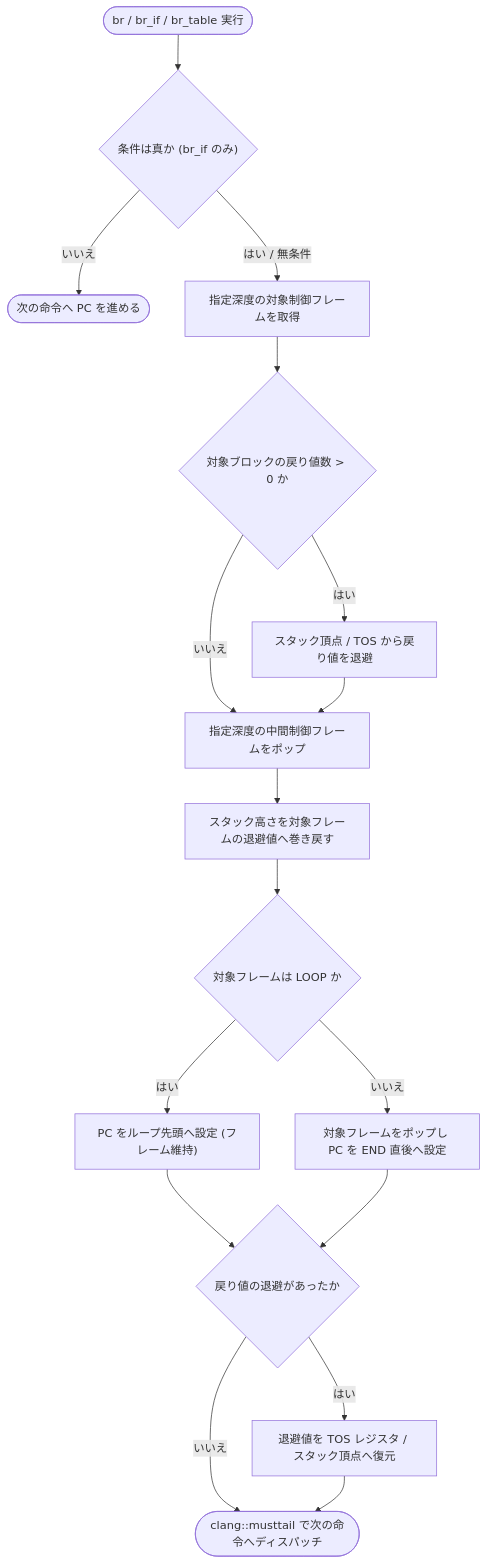
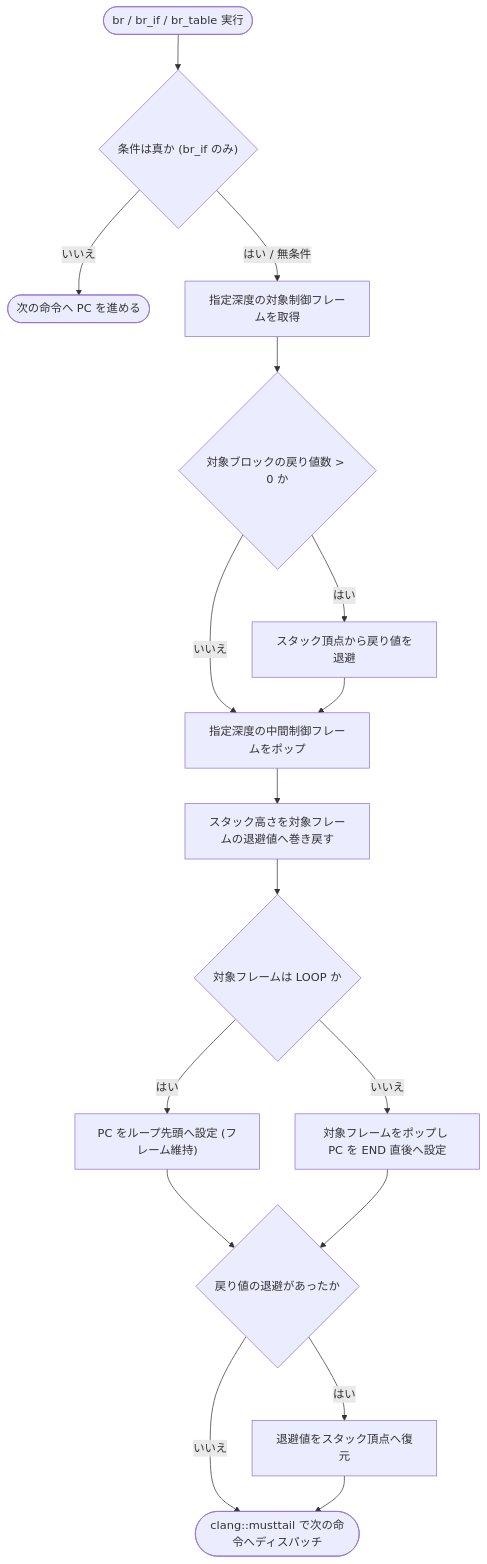
One commit to kmt-t/fireball changed the second of 5 diagrams in docs/components/tier3_executer/interpreter.md. Above: the diagram before and after it, drawn with Mermaid. The commit also changed other lines of this file and 37 other files, not shown here.

````diff
--- a/docs/components/tier3_executer/interpreter.md
+++ b/docs/components/tier3_executer/interpreter.md
@@ -229,24 +227,24 @@
 ```mermaid
 flowchart TD
     Start(["br / br_if / br_table 実行"]) --> CheckCond{"条件は真か (br_if のみ)"}
     CheckCond -- "いいえ" --> NextPC(["次の命令へ PC を進める"])
     CheckCond -- "はい / 無条件" --> FetchTarget["指定深度の対象制御フレームを取得"]
 
     FetchTarget --> CheckArity{"対象ブロックの戻り値数 > 0 か"}
-    CheckArity -- "はい" --> SaveVal["スタック頂点 / TOS から戻り値を退避"]
+    CheckArity -- "はい" --> SaveVal["スタック頂点から戻り値を退避"]
     CheckArity -- "いいえ" --> Prune["指定深度の中間制御フレームをポップ"]
 
     SaveVal --> Prune
     Prune --> RewindStack["スタック高さを対象フレームの退避値へ巻き戻す"]
     RewindStack --> CheckLoop{"対象フレームは LOOP か"}
 
     CheckLoop -- "はい" --> LoopBranch["PC をループ先頭へ設定 (フレーム維持)"]
     CheckLoop -- "いいえ" --> BlockBranch["対象フレームをポップし PC を END 直後へ設定"]
 
     LoopBranch --> RestoreVal{"戻り値の退避があったか"}
     BlockBranch --> RestoreVal
 
-    RestoreVal -- "はい" --> SetTOS["退避値を TOS レジスタ / スタック頂点へ復元"]
+    RestoreVal -- "はい" --> SetTOS["退避値をスタック頂点へ復元"]
     RestoreVal -- "いいえ" --> Dispatch
     SetTOS --> Dispatch(["clang::musttail で次の命令へディスパッチ"])
 ```
````
